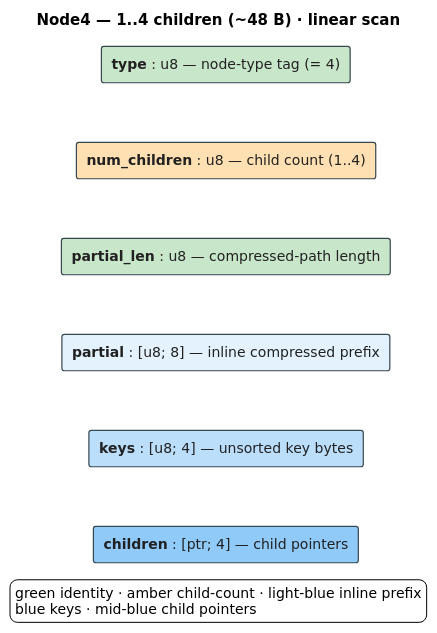
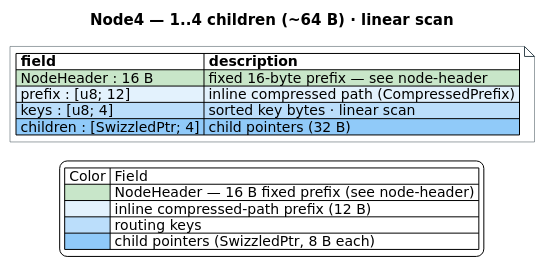
The diagram in docs/diagrams/src/art-node4-fields.puml (vinary-tree/libdictenstein), drawn with PlantUML before and after one commit. The commit also changed 80 other files, not shown here.

First line of the commit message:
docs: diagram contiguity/swatch overhaul + persistence-doc correctness review

```diff
--- a/docs/diagrams/src/art-node4-fields.puml
+++ b/docs/diagrams/src/art-node4-fields.puml
@@ -1,43 +1,41 @@
 @startuml art-node4-fields
 ' ============================================================================
 ' art-node4-fields.puml — the Node4 struct layout (byte-ART, 1..4 children).
-' Source: docs/theory/disk-tries/03-adaptive-radix-tree.md (Leis et al. 2013).
-' Replaces the ASCII struct-field box with a compact, colored, viewBox'd byte-field.
-' Color key (theory-doc node palette; mirrors the sibling node-header.puml):
-'   green      #C8E6C9  identity (type tag, partial_len)
-'   amber      #FFE0B2  mutable child counter (num_children)
-'   light-blue #E3F2FD  inline compressed-path prefix (partial)
-'   blue       #BBDEFB  routing keys
-'   mid-blue   #90CAF9  child pointers
+' Source of truth: src/persistent_artrie/nodes/node4.rs (§Layout comment).
+' Drawn as a CONTIGUOUS colored field table hosted in a floating note; rows share
+' borders (no gaps). Full-cell color via Creole |<#hex>| cells.
+' Layout = 16-B NodeHeader (see node-header) + 12-B CompressedPrefix + keys + children.
+' Color key:  green   #C8E6C9  the fixed NodeHeader (identity + counters + version)
+'             l-blue  #E3F2FD  inline compressed-path prefix (CompressedPrefix)
+'             blue    #BBDEFB  routing keys
+'             mid-blue #90CAF9 child pointers (SwizzledPtr, 8 B each)
 ' ============================================================================
 skinparam defaultFontSize 14
 skinparam shadowing false
 skinparam backgroundColor #FFFFFF
 skinparam defaultFontName "DejaVu Sans"
-skinparam rectangle {
+skinparam TitleFontSize 15
+skinparam noteFontSize 14
+skinparam note {
+  BackgroundColor #FFFFFF
   BorderColor #37474F
-  FontColor #212121
-  BorderThickness 1.2
 }
-skinparam TitleFontSize 15
 
-title Node4 — 1..4 children (~48 B) · linear scan
+title Node4 — 1..4 children (~64 B) · linear scan
 
-rectangle "**type** : u8 — node-type tag (= 4)" as R0 #C8E6C9
-rectangle "**num_children** : u8 — child count (1..4)" as R1 #FFE0B2
-rectangle "**partial_len** : u8 — compressed-path length" as R2 #C8E6C9
-rectangle "**partial** : [u8; 8] — inline compressed prefix" as R3 #E3F2FD
-rectangle "**keys** : [u8; 4] — unsorted key bytes" as R4 #BBDEFB
-rectangle "**children** : [ptr; 4] — child pointers" as R5 #90CAF9
-
-R0 -[hidden]down- R1
-R1 -[hidden]down- R2
-R2 -[hidden]down- R3
-R3 -[hidden]down- R4
-R4 -[hidden]down- R5
+note as N4
+|= field |= description |
+|<#C8E6C9> NodeHeader : 16 B |<#C8E6C9> fixed 16-byte prefix — see node-header |
+|<#E3F2FD> prefix : [u8; 12] |<#E3F2FD> inline compressed path (CompressedPrefix) |
+|<#BBDEFB> keys : [u8; 4] |<#BBDEFB> sorted key bytes · linear scan |
+|<#90CAF9> children : [SwizzledPtr; 4] |<#90CAF9> child pointers (32 B) |
+end note
 
 legend bottom
-  green identity · amber child-count · light-blue inline prefix
-  blue keys · mid-blue child pointers
+| Color | Field |
+|<#C8E6C9>| NodeHeader — 16 B fixed prefix (see node-header) |
+|<#E3F2FD>| inline compressed-path prefix (12 B) |
+|<#BBDEFB>| routing keys |
+|<#90CAF9>| child pointers (SwizzledPtr, 8 B each) |
 endlegend
 @enduml
```
